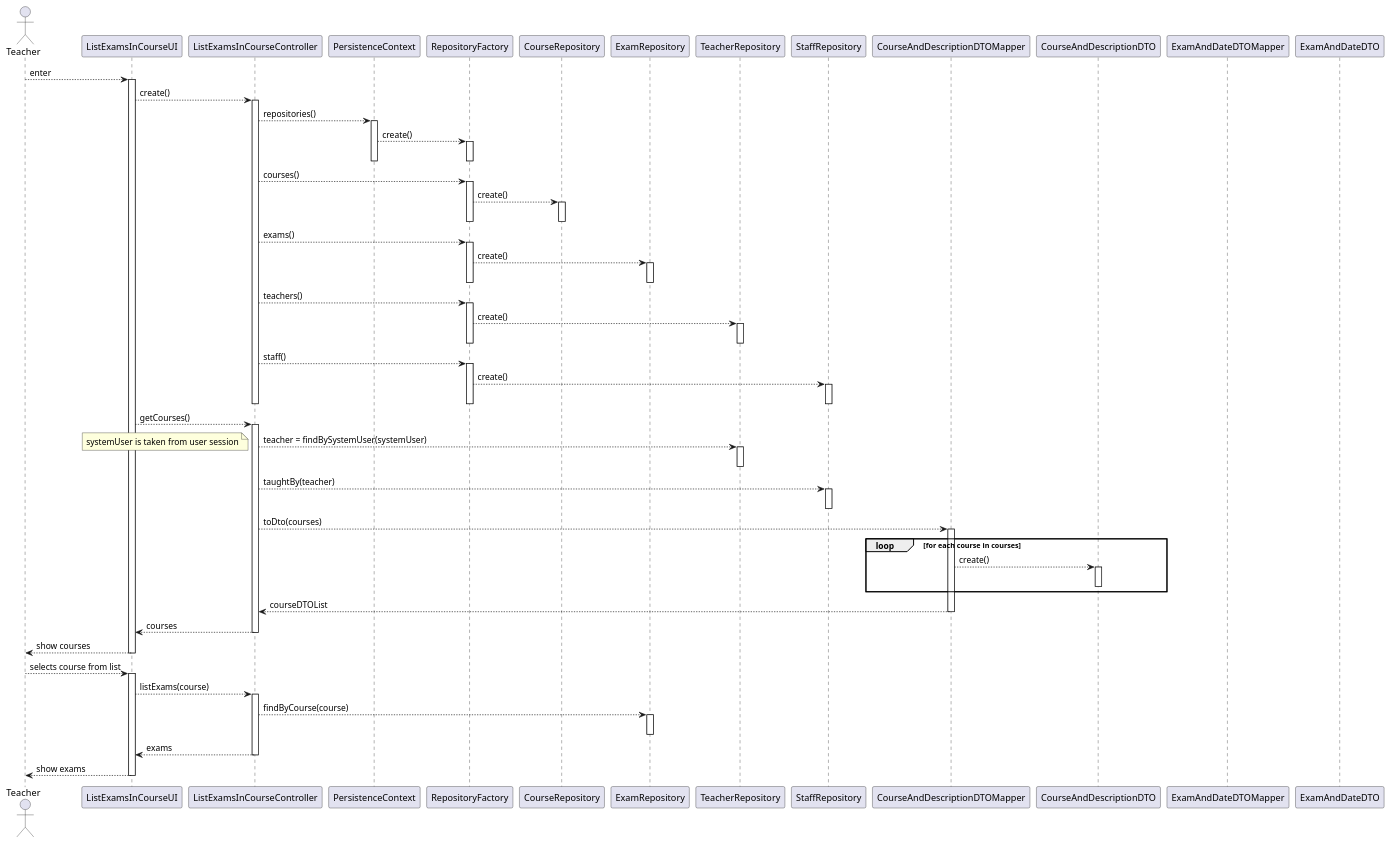
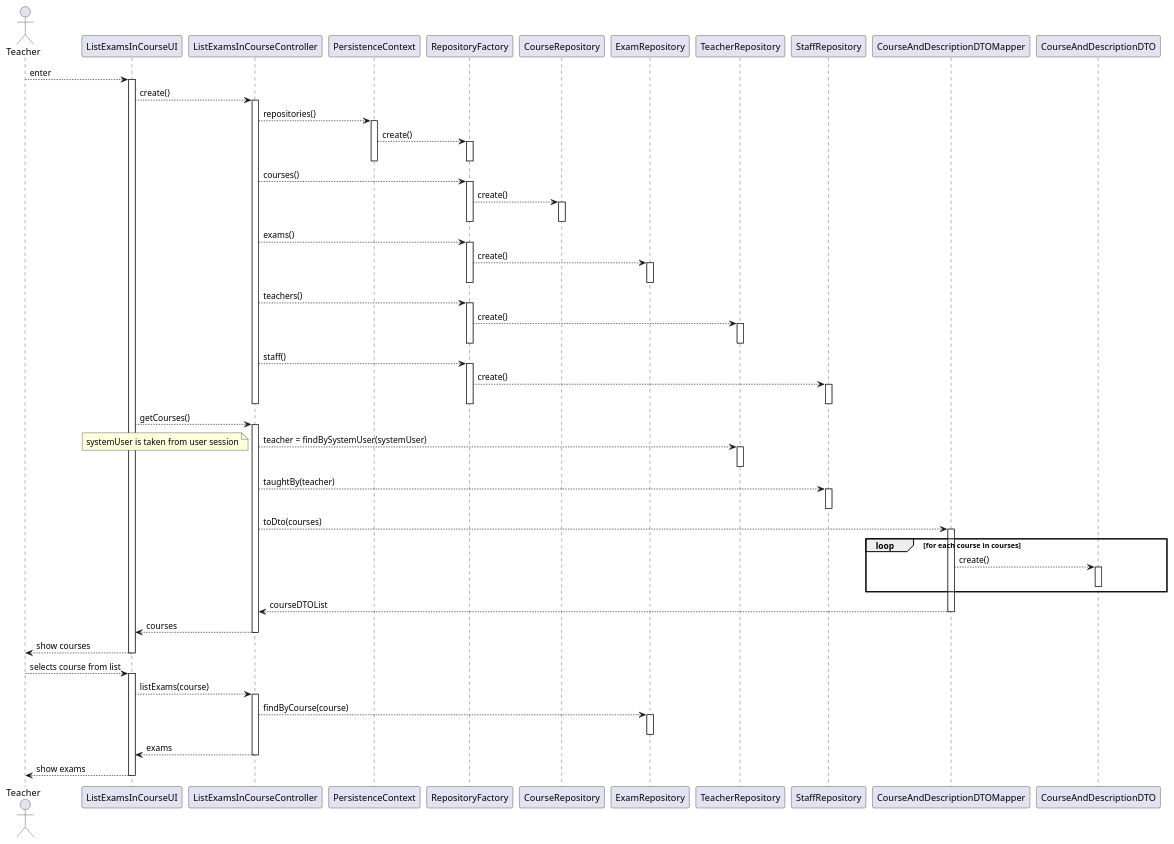
One commit to jovami/isep-lapr4 changed the diagram in docs/us_2003/sd.puml. Above: the diagram before and after it, drawn with PlantUML.

Commit message:
feat(us_2003): removed examDTO from SD

```diff
--- a/docs/us_2003/sd.puml
+++ b/docs/us_2003/sd.puml
@@ -1,99 +1,96 @@
 @startuml
 
 actor Teacher as user
 participant ListExamsInCourseUI as ui
 participant ListExamsInCourseController as ctrl
 
 participant PersistenceContext as ctx
 participant RepositoryFactory as rep_fac
 participant CourseRepository as course_repo
 participant ExamRepository as exam_repo
 participant TeacherRepository as teacher_repo
 participant StaffRepository as staff_repo
 
 participant CourseAndDescriptionDTOMapper as course_mapper
 participant CourseAndDescriptionDTO as course_dto
-
-participant ExamAndDateDTOMapper as exam_mapper
-participant ExamAndDateDTO as exam_dto
 
 user --> ui: enter
 activate ui
 ui --> ctrl: create()
     activate ctrl
         ctrl --> ctx: repositories()
         activate ctx
             ctx --> rep_fac: create()
             activate rep_fac
             deactivate rep_fac
         deactivate ctx
 
         ctrl --> rep_fac: courses()
         activate rep_fac
             rep_fac --> course_repo: create()
             activate course_repo
             deactivate course_repo
         deactivate rep_fac
 
         ctrl --> rep_fac : exams()
         activate rep_fac
             rep_fac --> exam_repo: create()
             activate exam_repo
             deactivate exam_repo
         deactivate rep_fac
 
         ctrl --> rep_fac: teachers()
         activate rep_fac
             rep_fac --> teacher_repo: create()
             activate teacher_repo
             deactivate teacher_repo
         deactivate rep_fac
 
         ctrl --> rep_fac: staff()
         activate rep_fac
             rep_fac --> staff_repo: create()
             activate staff_repo
             deactivate staff_repo
         deactivate rep_fac
     deactivate ctrl
 
     ui --> ctrl: getCourses()
     activate ctrl
         ctrl --> teacher_repo: teacher = findBySystemUser(systemUser)
         activate teacher_repo
         note bottom: systemUser is taken from user session
         deactivate teacher_repo
 
         ctrl --> staff_repo: taughtBy(teacher)
 
         activate staff_repo
         deactivate staff_repo
 
         ctrl --> course_mapper: toDto(courses)
         activate course_mapper
             loop for each course in courses
                 course_mapper --> course_dto: create()
                 activate course_dto
                 deactivate course_dto
             end loop
             course_mapper --> ctrl: courseDTOList
         deactivate course_mapper
         ctrl --> ui: courses
 
     deactivate ctrl
     ui --> user: show courses
 deactivate ui
 
 user --> ui: selects course from list
 activate ui
     ui --> ctrl: listExams(course)
     activate ctrl
         ctrl --> exam_repo: findByCourse(course)
         activate exam_repo
         deactivate exam_repo
         ctrl --> ui: exams
     deactivate ctrl
     ui --> user: show exams
 deactivate ui
 
 @enduml
```
